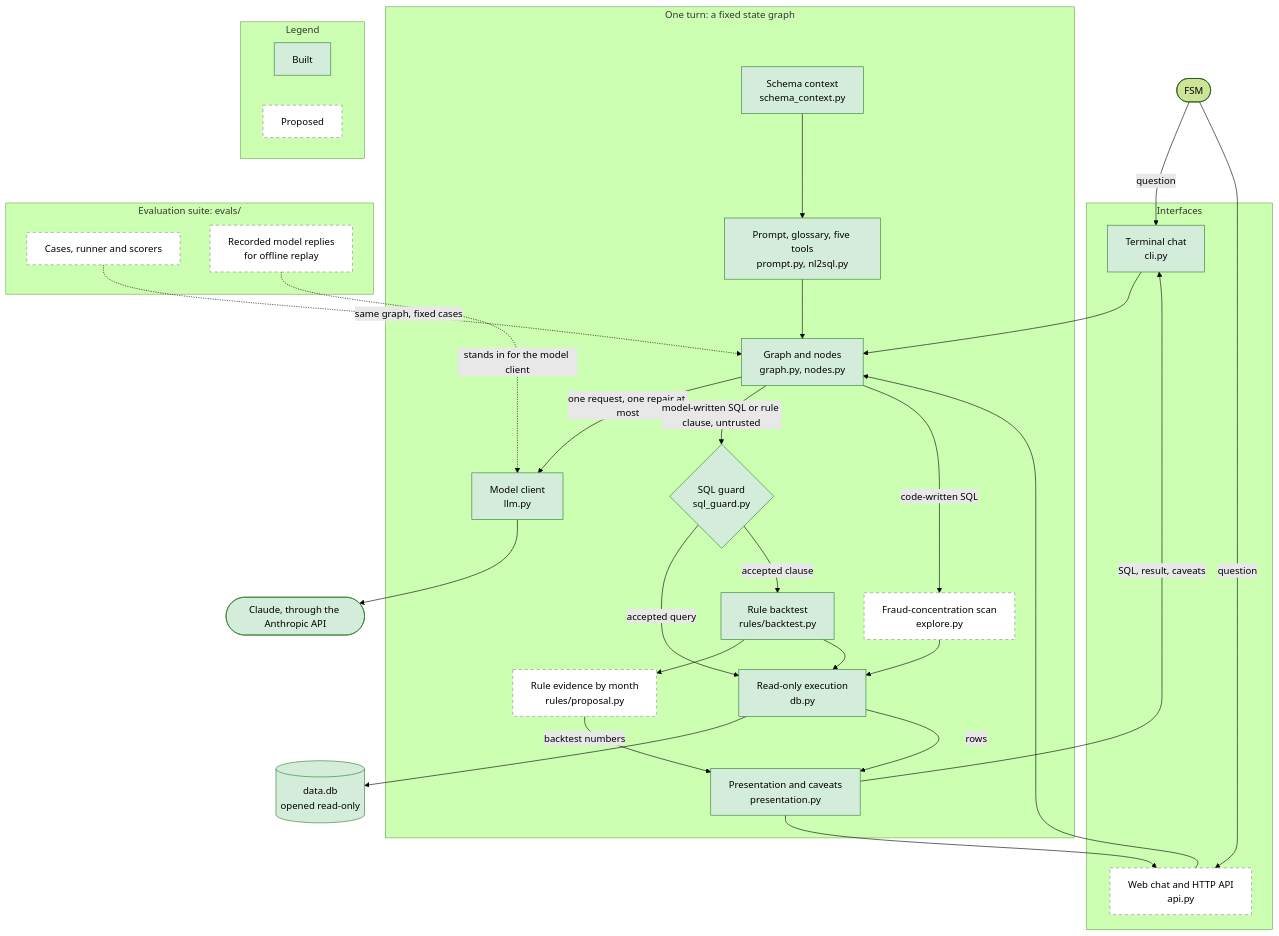
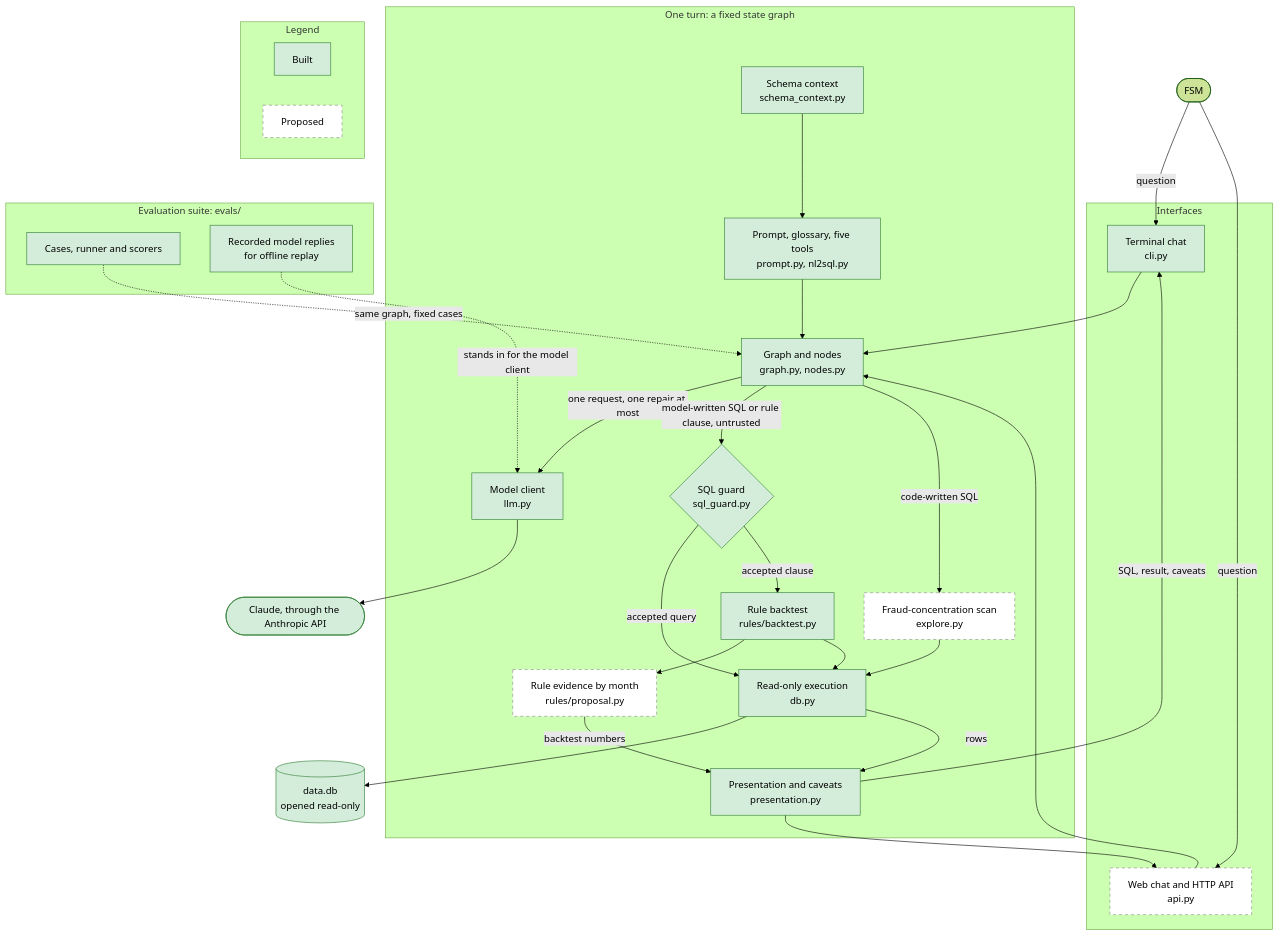
The first of 2 diagrams in docs/ARCHITECTURE.md (eliandrog/fsm-assistant-challenge), drawn with Mermaid (forest theme) before and after one commit. The commit also changed other lines of this file and 171 other files, not shown here.

````diff
--- a/docs/ARCHITECTURE.md
+++ b/docs/ARCHITECTURE.md
@@ -37,63 +37,63 @@
 ```mermaid
 flowchart TD
     FSM(["FSM"])
 
     subgraph IF["Interfaces"]
         CLI["Terminal chat<br/>cli.py"]
         WEB["Web chat and HTTP API<br/>api.py"]
     end
 
     subgraph TURN["One turn: a fixed state graph"]
         GRAPH["Graph and nodes<br/>graph.py, nodes.py"]
         PROMPT["Prompt, glossary, five tools<br/>prompt.py, nl2sql.py"]
         SCHEMA["Schema context<br/>schema_context.py"]
         MODEL["Model client<br/>llm.py"]
         GUARD{"SQL guard<br/>sql_guard.py"}
         EXEC["Read-only execution<br/>db.py"]
         BT["Rule backtest<br/>rules/backtest.py"]
         PROP["Rule evidence by month<br/>rules/proposal.py"]
         SCAN["Fraud-concentration scan<br/>explore.py"]
         PRES["Presentation and caveats<br/>presentation.py"]
     end
 
     CLAUDE(["Claude, through the Anthropic API"])
     DB[("data.db<br/>opened read-only")]
 
     subgraph EV["Evaluation suite: evals/"]
         CASES["Cases, runner and scorers"]
         REC["Recorded model replies<br/>for offline replay"]
     end
 
     FSM -->|"question"| CLI
     FSM -->|"question"| WEB
     CLI --> GRAPH
     WEB --> GRAPH
     SCHEMA --> PROMPT
     PROMPT --> GRAPH
     GRAPH -->|"one request, one repair at most"| MODEL
     MODEL --> CLAUDE
     GRAPH -->|"model-written SQL or rule clause, untrusted"| GUARD
     GUARD -->|"accepted query"| EXEC
     GUARD -->|"accepted clause"| BT
     BT --> PROP
     BT --> EXEC
     GRAPH -->|"code-written SQL"| SCAN
     SCAN --> EXEC
     EXEC --> DB
     EXEC -->|"rows"| PRES
     PROP -->|"backtest numbers"| PRES
     PRES -->|"SQL, result, caveats"| CLI
     PRES --> WEB
     CASES -.->|"same graph, fixed cases"| GRAPH
     REC -.->|"stands in for the model client"| MODEL
 
     subgraph LEGEND["Legend"]
         L1["Built"]
         L2["Proposed"]
     end
 
     classDef built fill:#d4edda,stroke:#2e7d32,color:#000
     classDef proposed fill:#ffffff,stroke:#888888,stroke-dasharray: 5 5,color:#000
-    class CLI,GRAPH,PROMPT,PRES,SCHEMA,EXEC,BT,GUARD,DB,MODEL,CLAUDE,L1 built
-    class WEB,PROP,SCAN,CASES,REC,L2 proposed
+    class CLI,GRAPH,PROMPT,PRES,SCHEMA,EXEC,BT,GUARD,DB,MODEL,CLAUDE,CASES,REC,L1 built
+    class WEB,PROP,SCAN,L2 proposed
 ```
````
